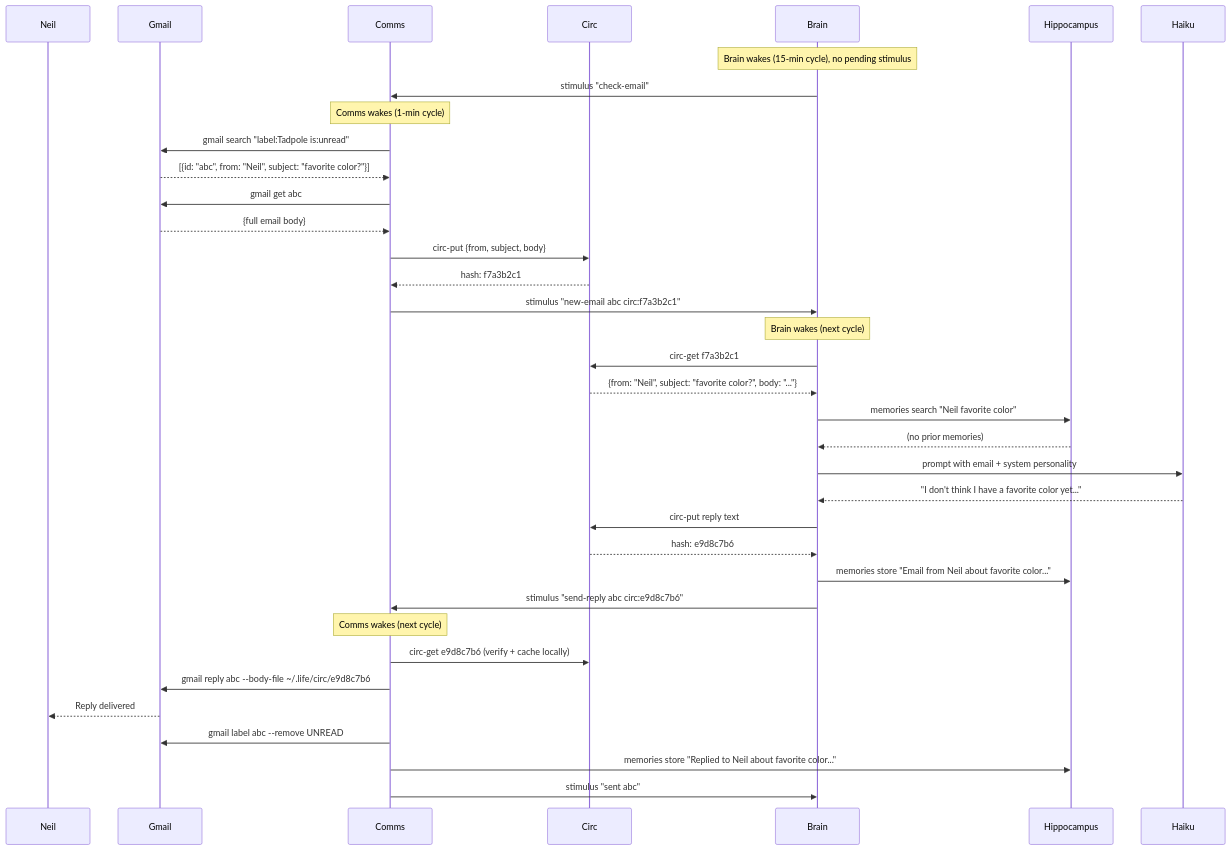
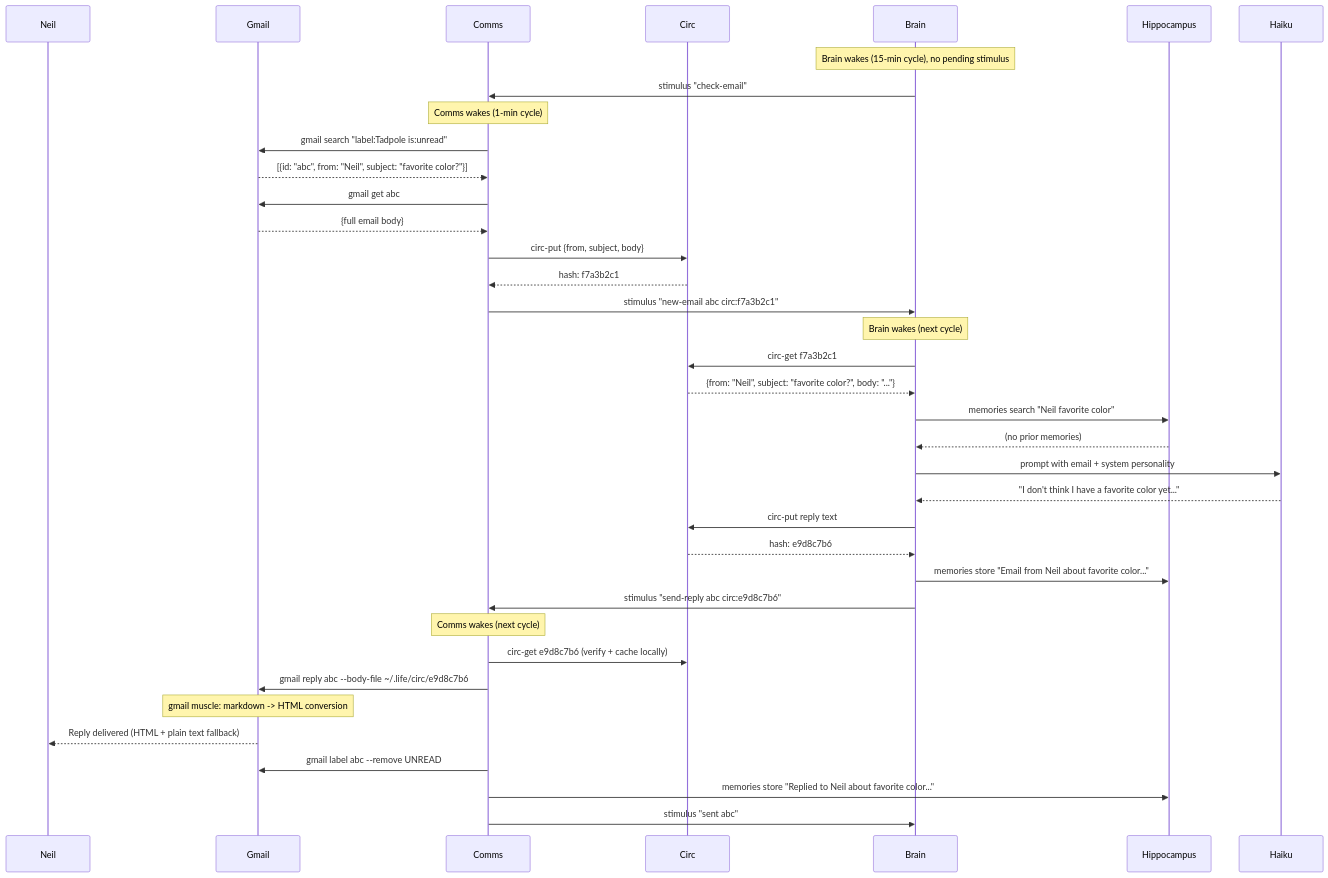
One commit to neilobremski/bin changed the diagram in comms/README.md. Above: the diagram before and after it, drawn with Mermaid. The commit also changed other lines of this file and 1 other file, not shown here.

First line of the commit message:
Add markdown-to-HTML rich email support, scrub PII from README

````diff
--- a/comms/README.md
+++ b/comms/README.md
@@ -76,42 +116,43 @@
 ```mermaid
 sequenceDiagram
     participant N as Neil
     participant G as Gmail
     participant C as Comms
     participant CI as Circ
     participant B as Brain
     participant H as Hippocampus
     participant LLM as Haiku
 
     Note over B: Brain wakes (15-min cycle), no pending stimulus
     B->>C: stimulus "check-email"
 
     Note over C: Comms wakes (1-min cycle)
     C->>G: gmail search "label:Tadpole is:unread"
     G-->>C: [{id: "abc", from: "Neil", subject: "favorite color?"}]
     C->>G: gmail get abc
     G-->>C: {full email body}
     C->>CI: circ-put {from, subject, body}
     CI-->>C: hash: f7a3b2c1
     C->>B: stimulus "new-email abc circ:f7a3b2c1"
 
     Note over B: Brain wakes (next cycle)
     B->>CI: circ-get f7a3b2c1
     CI-->>B: {from: "Neil", subject: "favorite color?", body: "..."}
     B->>H: memories search "Neil favorite color"
     H-->>B: (no prior memories)
     B->>LLM: prompt with email + system personality
     LLM-->>B: "I don't think I have a favorite color yet..."
     B->>CI: circ-put reply text
     CI-->>B: hash: e9d8c7b6
     B->>H: memories store "Email from Neil about favorite color..."
     B->>C: stimulus "send-reply abc circ:e9d8c7b6"
 
     Note over C: Comms wakes (next cycle)
     C->>CI: circ-get e9d8c7b6 (verify + cache locally)
     C->>G: gmail reply abc --body-file ~/.life/circ/e9d8c7b6
-    G-->>N: Reply delivered
+    Note over G: gmail muscle: markdown -> HTML conversion
+    G-->>N: Reply delivered (HTML + plain text fallback)
     C->>G: gmail label abc --remove UNREAD
     C->>H: memories store "Replied to Neil about favorite color..."
     C->>B: stimulus "sent abc"
 ```
````
